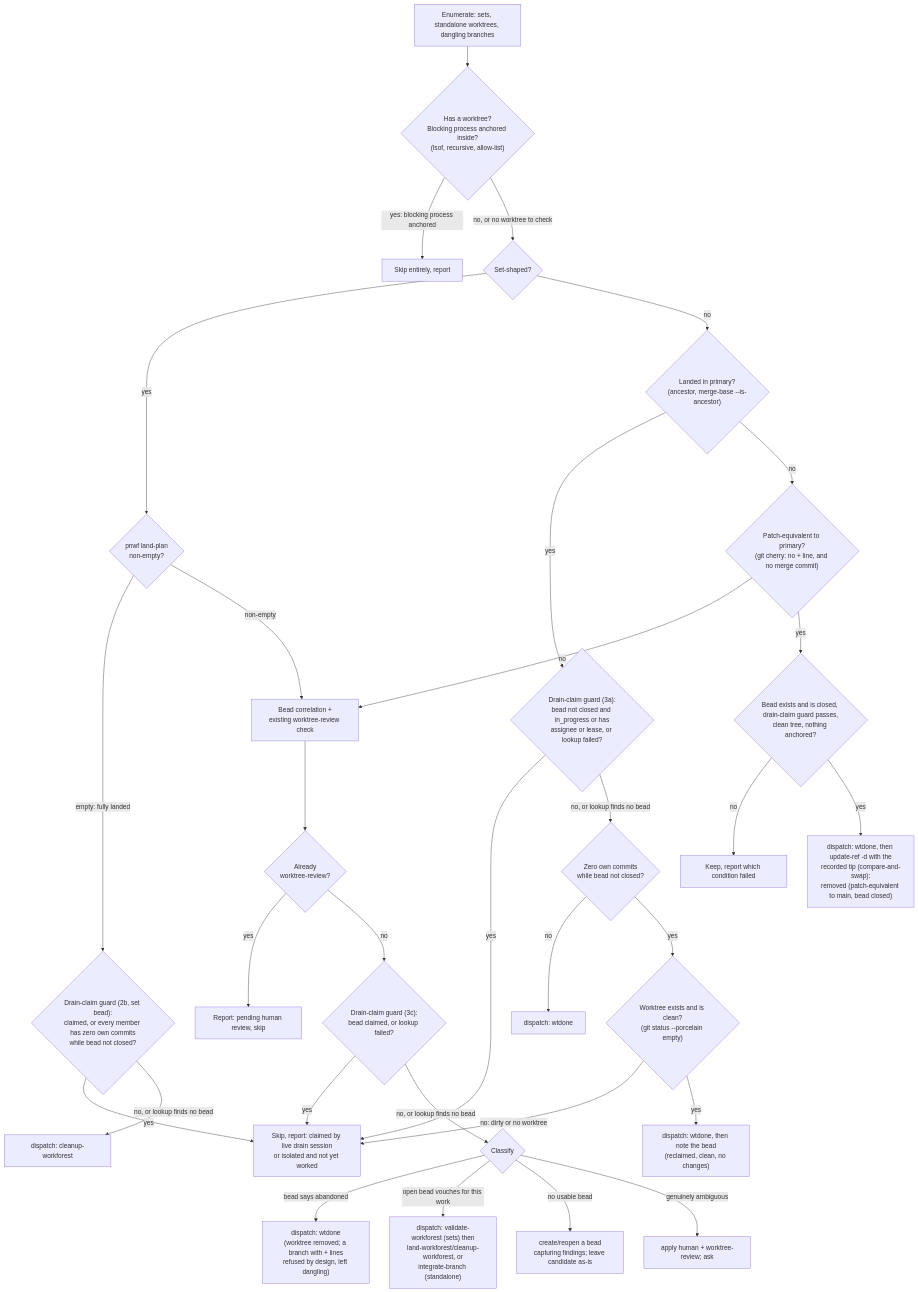
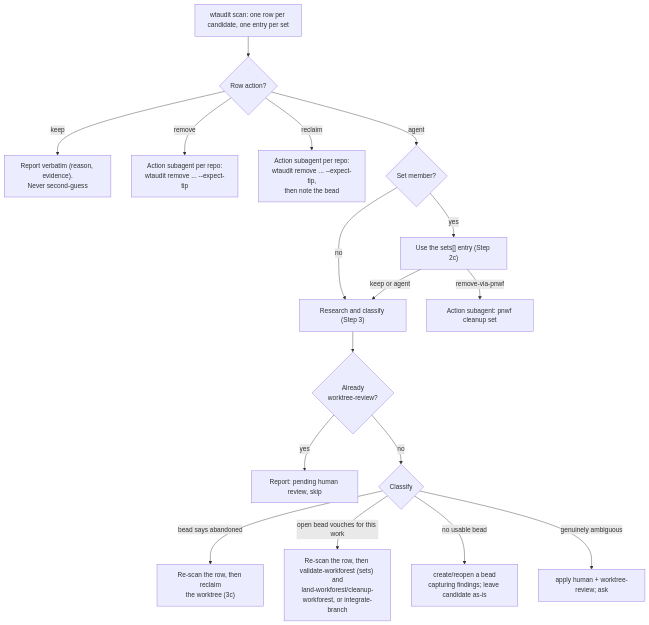
One commit to phillipgreenii/nix-repo-base changed the diagram in pn-workspace-rules/skills/audit-worktrees/SKILL.md. Above: the diagram before and after it, drawn with Mermaid. The commit also changed other lines of this file and 1 other file, not shown here.

First line of the commit message:
feat(audit-worktrees): drive the sweep through wtaudit scan and remove

````diff
--- a/pn-workspace-rules/skills/audit-worktrees/SKILL.md
+++ b/pn-workspace-rules/skills/audit-worktrees/SKILL.md
@@ -120,33 +114,19 @@
 ```mermaid
 flowchart TD
-    E["Enumerate: sets, standalone worktrees, dangling branches"] --> A{"Has a worktree?\nBlocking process anchored inside?\n(lsof, recursive, allow-list)"}
-    A -->|yes: blocking process anchored| SKIP["Skip entirely, report"]
-    A -->|no, or no worktree to check| SET{"Set-shaped?"}
-    SET -->|yes| SLP{"pnwf land-plan\nnon-empty?"}
-    SLP -->|empty: fully landed| SG{"Drain-claim guard (2b, set bead):\nclaimed, or every member has zero own commits\nwhile bead not closed?"}
-    SG -->|yes| LIVE
-    SG -->|no, or lookup finds no bead| SCU["dispatch: cleanup-workforest"]
-    SLP -->|non-empty| CLS
-    SET -->|no| M{"Landed in primary?\n(ancestor, merge-base --is-ancestor)"}
-    M -->|yes| G{"Drain-claim guard (3a):\nbead not closed and in_progress or has\nassignee or lease, or lookup failed?"}
-    G -->|yes| LIVE["Skip, report: claimed by live drain session\nor isolated and not yet worked"]
-    G -->|no, or lookup finds no bead| Z{"Zero own commits\nwhile bead not closed?"}
-    Z -->|no| RM["dispatch: wtdone"]
-    Z -->|yes| WC{"Worktree exists and is clean?\n(git status --porcelain empty)"}
-    WC -->|no: dirty or no worktree| LIVE
-    WC -->|yes| RC["dispatch: wtdone, then note the bead\n(reclaimed, clean, no changes)"]
-    M -->|no| PE{"Patch-equivalent to primary?\n(git cherry: no + line, and no merge commit)"}
-    PE -->|no| CLS["Bead correlation +\nexisting worktree-review check"]
-    PE -->|yes| PG{"Bead exists and is closed, drain-claim guard passes,\nclean tree, nothing anchored?"}
-    PG -->|no| PK["Keep, report which condition failed"]
-    PG -->|yes| RE["dispatch: wtdone, then update-ref -d with the\nrecorded tip (compare-and-swap):\nremoved (patch-equivalent to main, bead closed)"]
-    CLS --> RV{"Already\nworktree-review?"}
+    S["wtaudit scan: one row per candidate, one entry per set"] --> K{"Row action?"}
+    K -->|keep| KP["Report verbatim (reason, evidence).\nNever second-guess"]
+    K -->|remove| RM["Action subagent per repo:\nwtaudit remove ... --expect-tip"]
+    K -->|reclaim| RC["Action subagent per repo:\nwtaudit remove ... --expect-tip,\nthen note the bead"]
+    K -->|agent| AG{"Set member?"}
+    AG -->|no| RES["Research and classify (Step 3)"]
+    AG -->|yes| SE["Use the sets[] entry (Step 2c)"]
+    SE -->|remove-via-pnwf| PC["Action subagent: pnwf cleanup set"]
+    SE -->|keep or agent| RES
+    RES --> RV{"Already\nworktree-review?"}
     RV -->|yes| PEND["Report: pending human review, skip"]
-    RV -->|no| G3{"Drain-claim guard (3c):\nbead claimed, or lookup failed?"}
-    G3 -->|yes| LIVE
-    G3 -->|no, or lookup finds no bead| C{"Classify"}
-    C -->|"bead says abandoned"| RM2["dispatch: wtdone\n(worktree removed; a branch with + lines\nrefused by design, left dangling)"]
-    C -->|"open bead vouches for this work"| LB["dispatch: validate-workforest (sets) then\nland-workforest/cleanup-workforest, or\nintegrate-branch (standalone)"]
+    RV -->|no| C{"Classify"}
+    C -->|"bead says abandoned"| AB["Re-scan the row, then reclaim\nthe worktree (3c)"]
+    C -->|"open bead vouches for this work"| LB["Re-scan the row, then validate-workforest (sets) and\nland-workforest/cleanup-workforest, or integrate-branch"]
     C -->|"no usable bead"| BEAD["create/reopen a bead\ncapturing findings; leave candidate as-is"]
     C -->|"genuinely ambiguous"| HUMAN["apply human + worktree-review; ask"]
 ```
````
